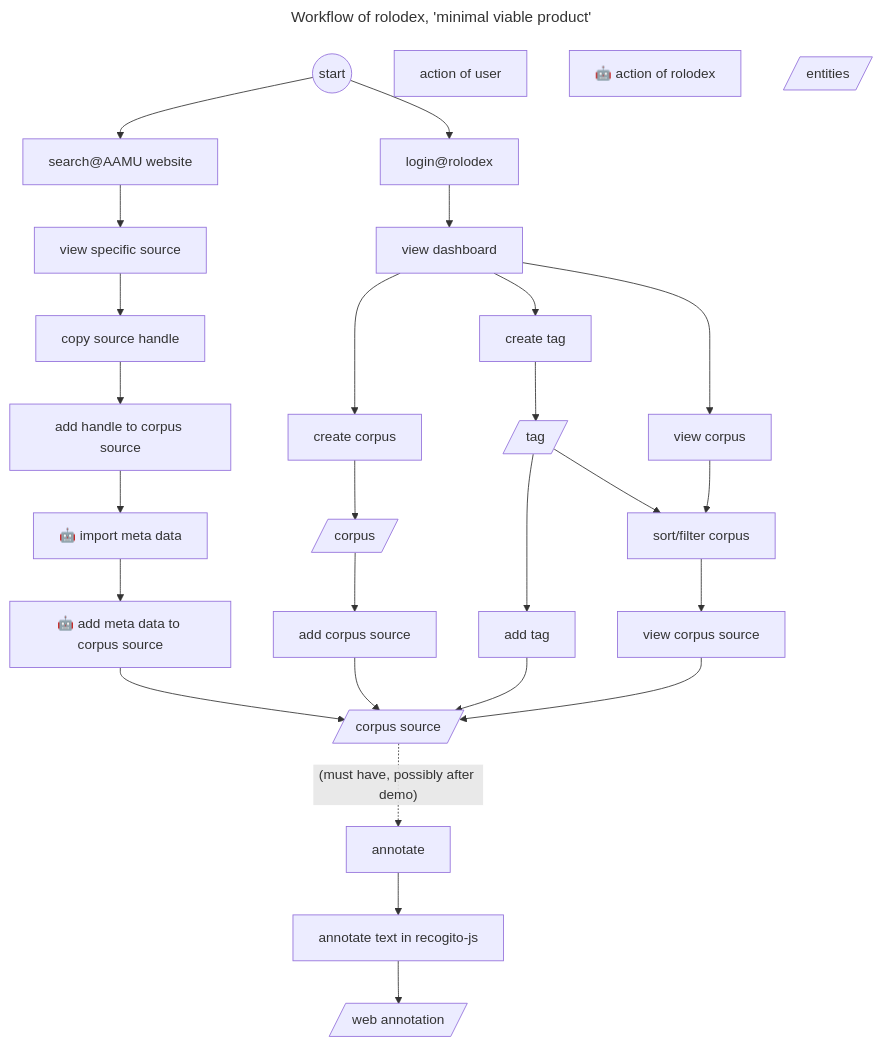
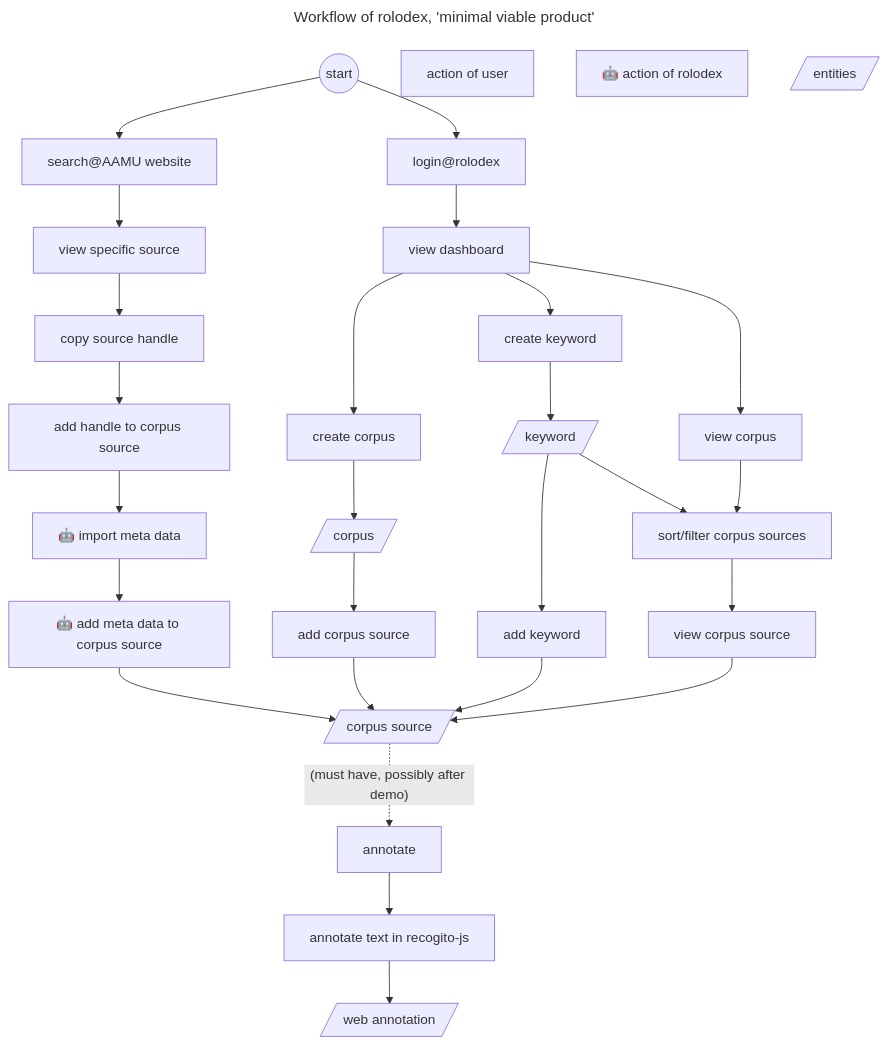
One commit to knaw-huc/Dexter changed the first of 2 diagrams in README.md. Above: the diagram before and after it, drawn with Mermaid. The commit also changed other lines of this file and 5 other files, not shown here.

````diff
--- a/README.md
+++ b/README.md
@@ -78,46 +78,46 @@
 ```mermaid
 ---
 title: "Workflow of rolodex, 'minimal viable product'"
 ---
 graph TD
     START((start))
 
     AU[action of user]
     AR["🤖 action of rolodex"]
     EN[/entities/]
     
     START --> LOGIN["login@rolodex"]
     LOGIN --> HOME[view dashboard]
     
     START --> SEARCH["search@AAMU website"]
     SEARCH --> VIEWITEM[view specific source]
     VIEWITEM --> COPYHANDLER[copy source handle]
     COPYHANDLER --> ADDHANDLER[add handle to corpus source]
     ADDHANDLER --> IMPORTHANDLER["🤖 import meta data"]
     IMPORTHANDLER --> ADDMETADATA["🤖 add meta data to corpus source"]
     ADDMETADATA --> VCI[/corpus source/]
     
     %% corpus sources:
     HOME --> CVC[create corpus]
     CVC --> VC[/corpus/]
     
     VC --> AVC[add corpus source]
     AVC --> VCI
     
-    %% tag:
-    HOME --> CTAG[create tag]
-    CTAG --> TAG[/tag/]
-    TAG --> ATAG[add tag]
-    ATAG --> VCI
+    %% keyword:
+    HOME --> CKEYWORD[create keyword]
+    CKEYWORD --> KEYWORD[/keyword/]
+    KEYWORD --> AKEYWORD[add keyword]
+    AKEYWORD --> VCI
     
-    TAG-->SORTVC
+    KEYWORD-->SORTVC
     
     HOME --> VIEWVC[view corpus]
-    VIEWVC --> SORTVC[sort/filter corpus]
+    VIEWVC --> SORTVC[sort/filter corpus sources]
     SORTVC --> VIEWVCI[view corpus source]
     VIEWVCI --> VCI
     
     VCI -.-> |"(must have, possibly after demo)"|ANN[annotate]
     ANN --> ANNT[annotate text in recogito-js]
     ANNT --> WANN[/web annotation/]
 ```
````
